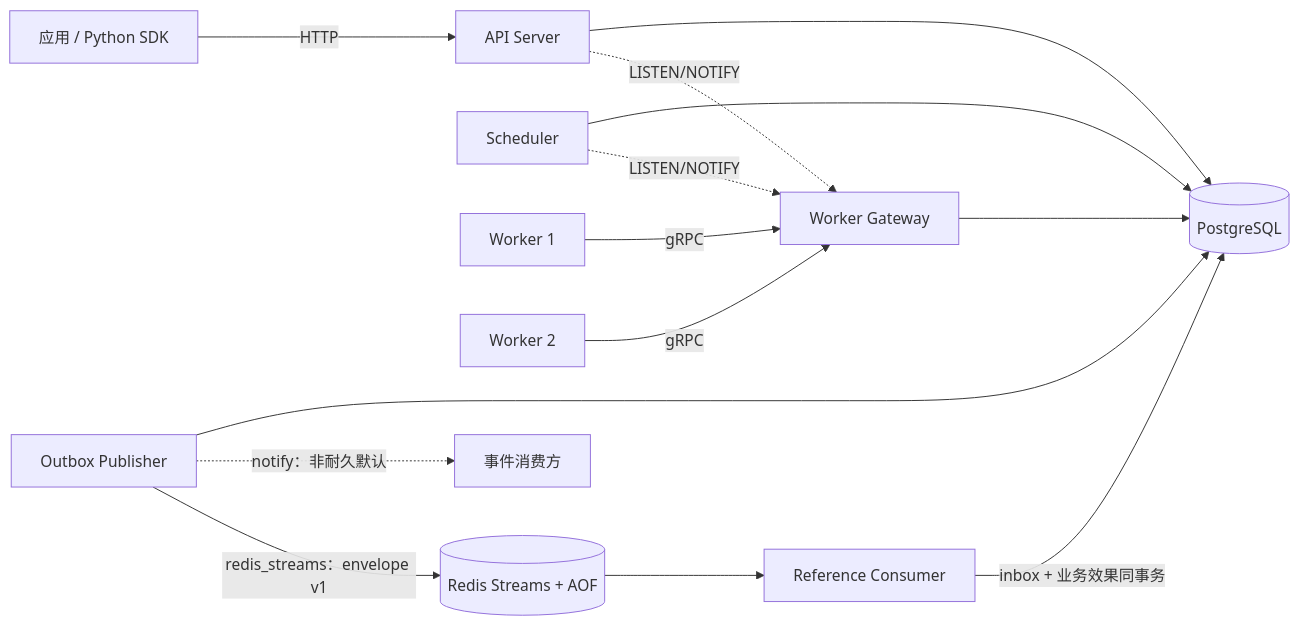
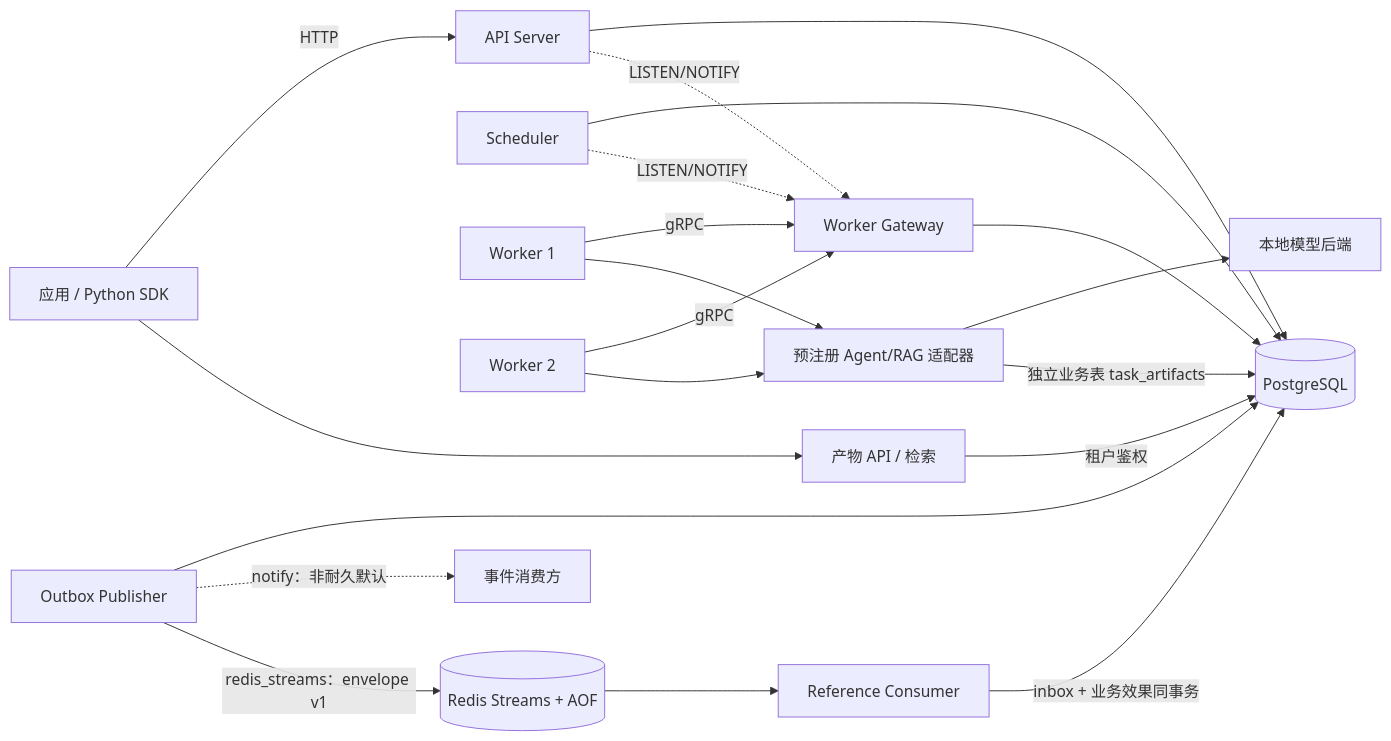
One commit to XJfyrh/JobForge changed the first of 2 diagrams in docs/architecture.md. Above: the diagram before and after it, drawn with Mermaid. The commit also changed other lines of this file and 123 other files, not shown here.

First line of the commit message:
feat: add reliable Agent/RAG tasks and observable recovery

````diff
--- a/docs/architecture.md
+++ b/docs/architecture.md
@@ -7,16 +7,22 @@
 ```mermaid
 flowchart LR
     Client[应用 / Python SDK] -->|HTTP| API[API Server]
     API --> PG[(PostgreSQL)]
     Scheduler[Scheduler] --> PG
     Worker1[Worker 1] -->|gRPC| Gateway[Worker Gateway]
     Worker2[Worker 2] -->|gRPC| Gateway
     Gateway --> PG
+    Worker1 --> Tasks[预注册 Agent/RAG 适配器]
+    Worker2 --> Tasks
+    Tasks --> Ollama[本地模型后端]
+    Tasks -->|独立业务表 task_artifacts| PG
+    Client --> Artifacts[产物 API / 检索]
+    Artifacts -->|租户鉴权| PG
     Scheduler -.->|LISTEN/NOTIFY| Gateway
     API -.->|LISTEN/NOTIFY| Gateway
     Publisher[Outbox Publisher] --> PG
     Publisher -.->|notify：非耐久默认| Consumers[事件消费方]
     Publisher -->|redis_streams：envelope v1| Redis[(Redis Streams + AOF)]
     Redis --> ReferenceConsumer[Reference Consumer]
     ReferenceConsumer -->|inbox + 业务效果同事务| PG
 ```
````
